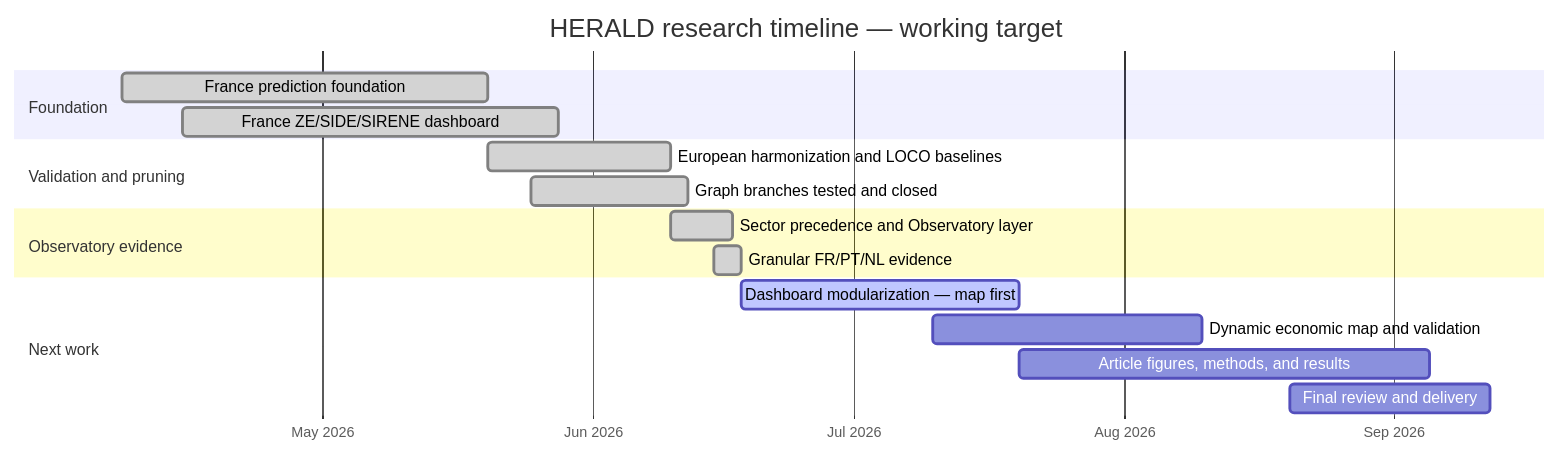
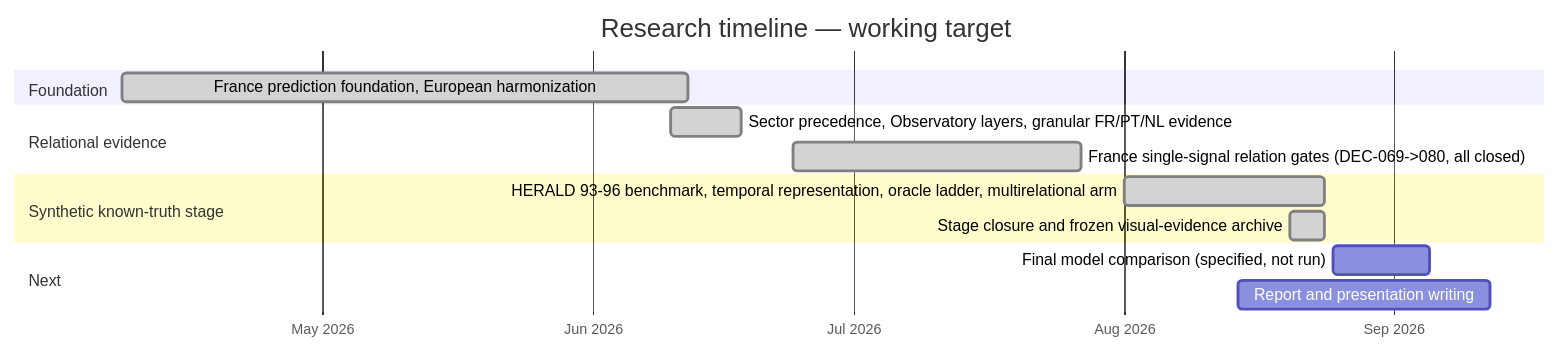
Before and after one commit to Jpmartinslag/neural-temporal-relational-model: the diagram in README.md, drawn with Mermaid. The commit also changed other lines of this file and 6 other files, not shown here.

````diff
--- a/README.md
+++ b/README.md
@@ -160,24 +163,21 @@
 ```mermaid
 gantt
-    title HERALD research timeline — working target
+    title Research timeline — working target
     dateFormat  YYYY-MM-DD
     axisFormat  %b %Y
 
     section Foundation
-    France prediction foundation              :done, fr_pred, 2026-04-08, 2026-05-20
-    France ZE/SIDE/SIRENE dashboard           :done, fr_dash, 2026-04-15, 2026-05-28
+    France prediction foundation, European harmonization :done, foundation, 2026-04-08, 2026-06-12
 
-    section Validation and pruning
-    European harmonization and LOCO baselines :done, eu_loco, 2026-05-20, 2026-06-10
-    Graph branches tested and closed          :done, graph_closed, 2026-05-25, 2026-06-12
+    section Relational evidence
+    Sector precedence, Observatory layers, granular FR/PT/NL evidence :done, obs, 2026-06-10, 2026-06-18
+    France single-signal relation gates (DEC-069->080, all closed)    :done, fr_gates, 2026-06-24, 2026-07-27
 
-    section Observatory evidence
-    Sector precedence and Observatory layer   :done, obs_sector, 2026-06-10, 2026-06-17
-    Granular FR/PT/NL evidence                :done, granular, 2026-06-15, 2026-06-18
+    section Synthetic known-truth stage
+    HERALD 93-96 benchmark, temporal representation, oracle ladder, multirelational arm :done, synth, 2026-08-01, 2026-08-24
+    Stage closure and frozen visual-evidence archive                                    :done, closure, 2026-08-20, 2026-08-24
 
-    section Next work
-    Dashboard modularization — map first      :active, map_first, 2026-06-18, 2026-07-20
-    Dynamic economic map and validation       :map_validation, 2026-07-10, 2026-08-10
-    Article figures, methods, and results     :article, 2026-07-20, 2026-09-05
-    Final review and delivery                 :review, 2026-08-20, 2026-09-12
+    section Next
+    Final model comparison (specified, not run)  :final_cmp, 2026-08-25, 2026-09-05
+    Report and presentation writing              :writing, 2026-08-14, 2026-09-12
 ```
````
